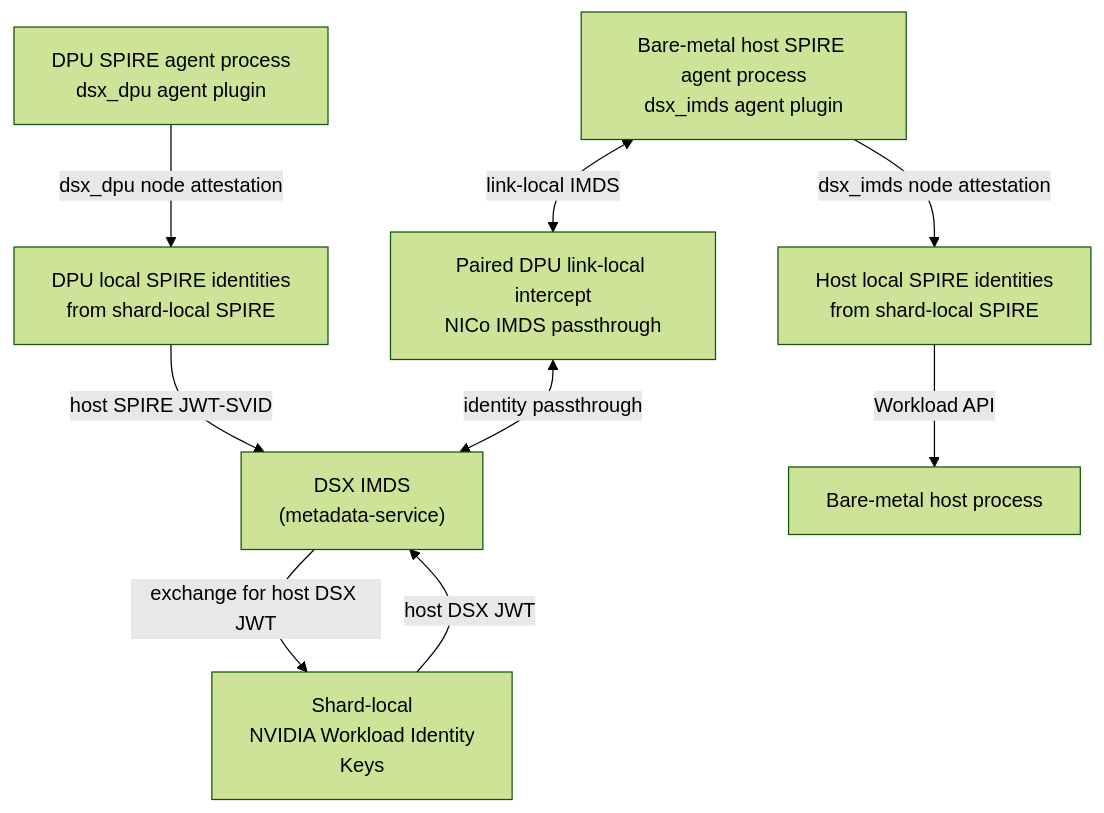
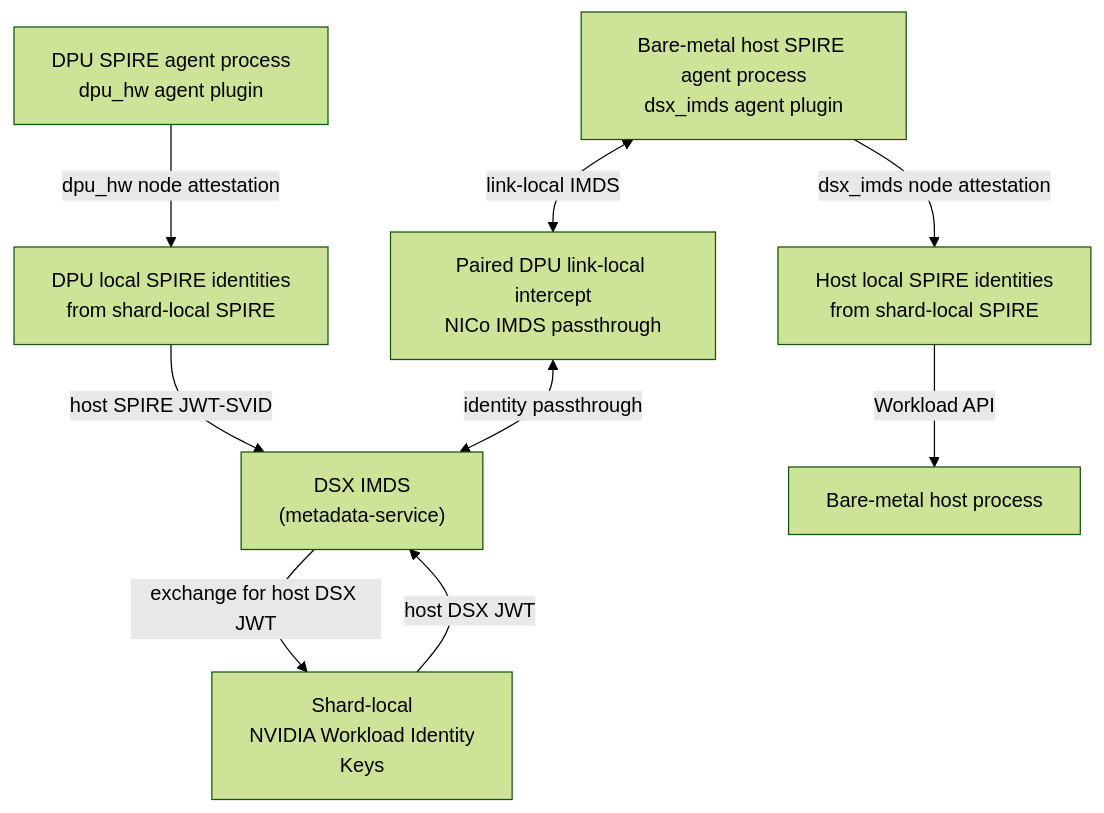
Before and after one commit to dsx-ai-factory/nvidia-workload-identity: the first of 2 diagrams in cmd/dsx-imds-node-attestor-agent/README.md, drawn with Mermaid (forest theme). The commit also changed other lines of this file and 12 other files, not shown here.

````diff
--- a/cmd/dsx-imds-node-attestor-agent/README.md
+++ b/cmd/dsx-imds-node-attestor-agent/README.md
@@ -22,20 +22,20 @@
 ```mermaid
 flowchart TB
   DPUIdentities["DPU local SPIRE identities<br/>from shard-local SPIRE"]
   HostIdentities["Host local SPIRE identities<br/>from shard-local SPIRE"]
   IdentityKeys["Shard-local<br/>NVIDIA Workload Identity<br/>Keys"]
-  DPUAgent["DPU SPIRE agent process<br/>dsx_dpu agent plugin"]
+  DPUAgent["DPU SPIRE agent process<br/>dpu_hw agent plugin"]
   NICoIMDS["Paired DPU link-local intercept<br/>NICo IMDS passthrough"]
   DSXIMDS["DSX IMDS<br/>(metadata-service)"]
   HostAgent["Bare-metal host SPIRE agent process<br/>dsx_imds agent plugin"]
   HostProcess["Bare-metal host process"]
 
-  DPUAgent -->|"dsx_dpu node attestation"| DPUIdentities
+  DPUAgent -->|"dpu_hw node attestation"| DPUIdentities
   DPUIdentities -->|"host SPIRE JWT-SVID"| DSXIMDS
   DSXIMDS -->|"exchange for host DSX JWT"| IdentityKeys
   IdentityKeys -->|"host DSX JWT"| DSXIMDS
   HostAgent <-->|"link-local IMDS"| NICoIMDS
   NICoIMDS <-->|"identity passthrough"| DSXIMDS
   HostAgent -->|"dsx_imds node attestation"| HostIdentities
   HostIdentities -->|"Workload API"| HostProcess
 ```
````
